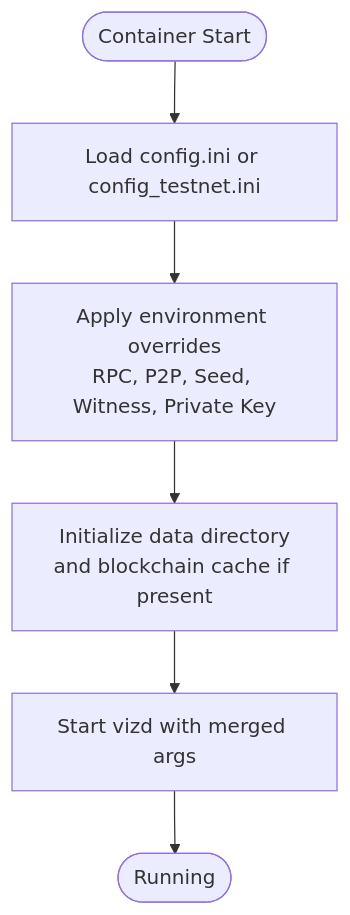
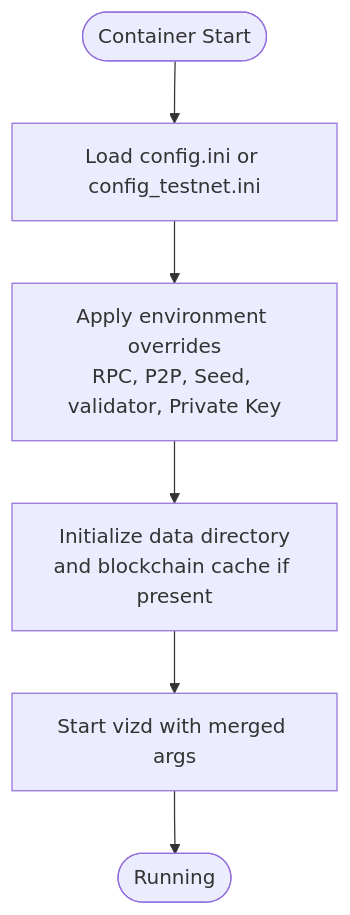
The third of 4 diagrams in .qoder/repowiki/en/content/Deployment and Operations/Cloud and Infrastructure.md (VIZ-Blockchain/viz-cpp-node), drawn with Mermaid before and after one commit. The commit also changed other lines of this file and 88 other files, not shown here.

First line of the commit message:
docs(validator): rename witness to validator throughout documentation

````diff
--- a/.qoder/repowiki/en/content/Deployment and Operations/Cloud and Infrastructure.md
+++ b/.qoder/repowiki/en/content/Deployment and Operations/Cloud and Infrastructure.md
@@ -180,8 +180,8 @@
 ```mermaid
 flowchart TD
 Start(["Container Start"]) --> LoadCfg["Load config.ini or config_testnet.ini"]
-LoadCfg --> ApplyEnv["Apply environment overrides<br/>RPC, P2P, Seed, Witness, Private Key"]
+LoadCfg --> ApplyEnv["Apply environment overrides<br/>RPC, P2P, Seed, validator, Private Key"]
 ApplyEnv --> InitData["Initialize data directory<br/>and blockchain cache if present"]
 InitData --> RunNode["Start vizd with merged args"]
 RunNode --> End(["Running"])
 ```
````
